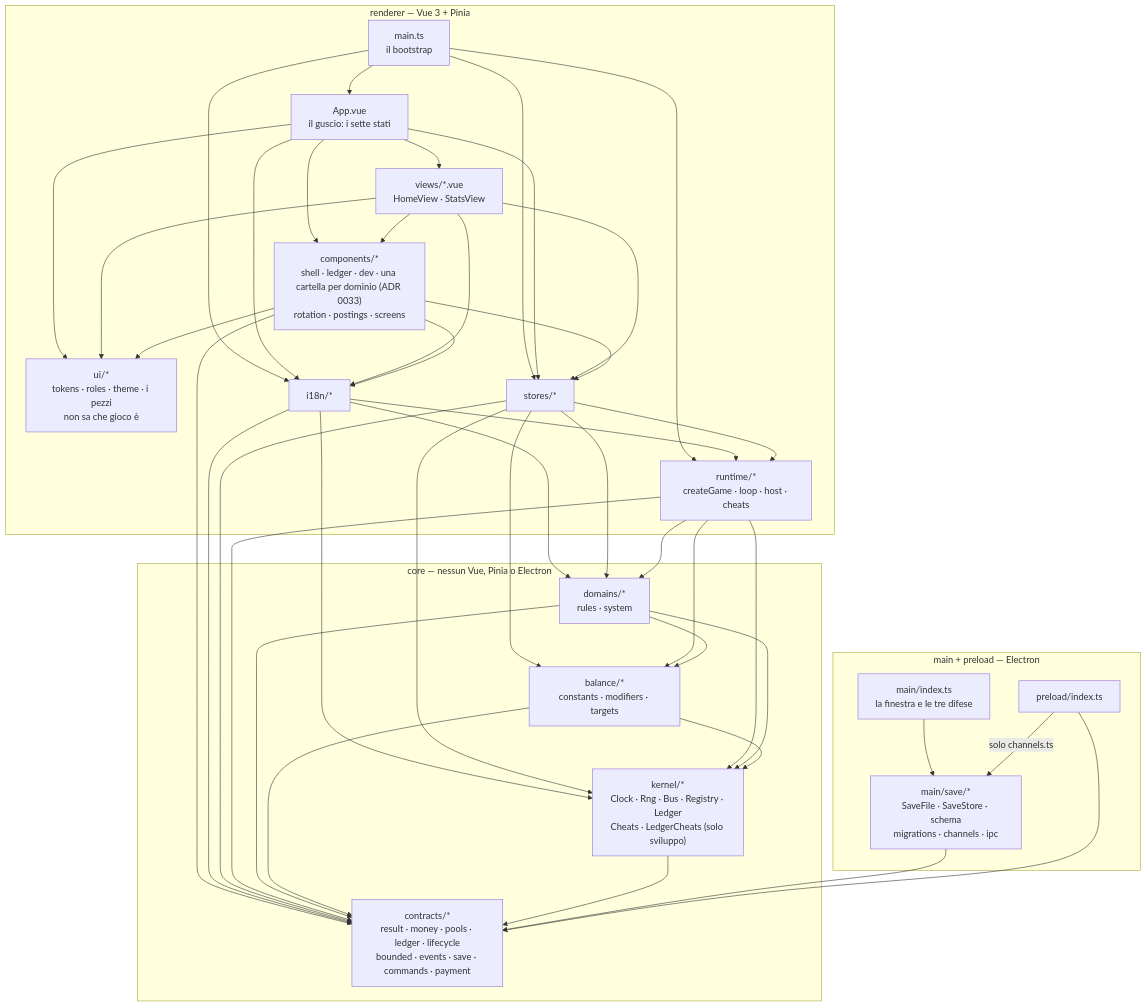
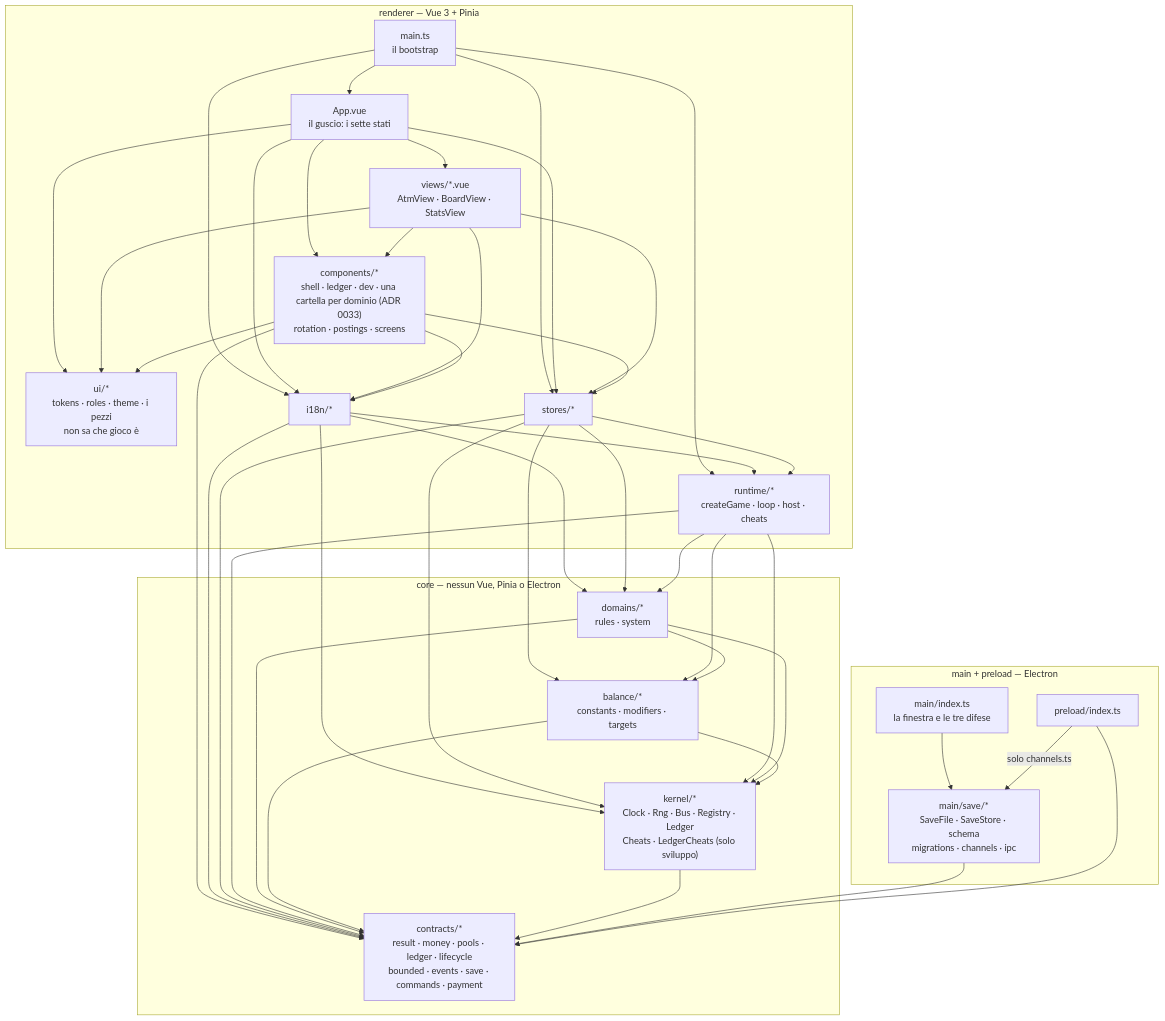
Before and after one commit to devfrx/solvent: the diagram in docs/architettura.md, drawn with Mermaid. The commit also changed other lines of this file and 9 other files, not shown here.

````diff
--- a/docs/architettura.md
+++ b/docs/architettura.md
@@ -14,67 +14,67 @@
 ```mermaid
 flowchart TD
   subgraph PLAT["main + preload — Electron"]
     MAIN["main/index.ts<br/>la finestra e le tre difese"]
     SAVE["main/save/*<br/>SaveFile · SaveStore · schema<br/>migrations · channels · ipc"]
     PRE["preload/index.ts"]
   end
 
   subgraph REND["renderer — Vue 3 + Pinia"]
     BOOT["main.ts<br/>il bootstrap"]
     APP["App.vue<br/>il guscio: i sette stati"]
-    VIEWS["views/*.vue<br/>HomeView · StatsView"]
+    VIEWS["views/*.vue<br/>AtmView · BoardView · StatsView"]
     CMP["components/*<br/>shell · ledger · dev · una cartella per dominio (ADR 0033)<br/>rotation · postings · screens"]
     UI["ui/*<br/>tokens · roles · theme · i pezzi<br/>non sa che gioco è"]
     I18N["i18n/*"]
     ST["stores/*"]
     RT["runtime/*<br/>createGame · loop · host · cheats"]
   end
 
   subgraph CORE["core — nessun Vue, Pinia o Electron"]
     DOM["domains/*<br/>rules · system"]
     BAL["balance/*<br/>constants · modifiers · targets"]
     KER["kernel/*<br/>Clock · Rng · Bus · Registry · Ledger<br/>Cheats · LedgerCheats (solo sviluppo)"]
     CON["contracts/*<br/>result · money · pools · ledger · lifecycle<br/>bounded · events · save · commands · payment"]
   end
 
   BOOT --> APP
   BOOT --> ST
   BOOT --> RT
   BOOT --> I18N
   APP --> VIEWS
   APP --> CMP
   APP --> ST
   APP --> I18N
   VIEWS --> CMP
   VIEWS --> ST
   VIEWS --> I18N
   CMP --> ST
   CMP --> I18N
   APP --> UI
   VIEWS --> UI
   CMP --> UI
   CMP --> CON
   I18N --> CON
   I18N --> DOM
   I18N --> KER
   I18N --> RT
   ST  --> RT
   ST  --> DOM
   ST  --> KER
   ST  --> BAL
   ST  --> CON
   RT  --> DOM
   RT  --> KER
   RT  --> BAL
   RT  --> CON
   DOM --> BAL
   DOM --> KER
   DOM --> CON
   BAL --> KER
   BAL --> CON
   KER --> CON
   MAIN --> SAVE
   SAVE --> CON
   PRE --> CON
   PRE -->|solo channels.ts| SAVE
 ```
````
